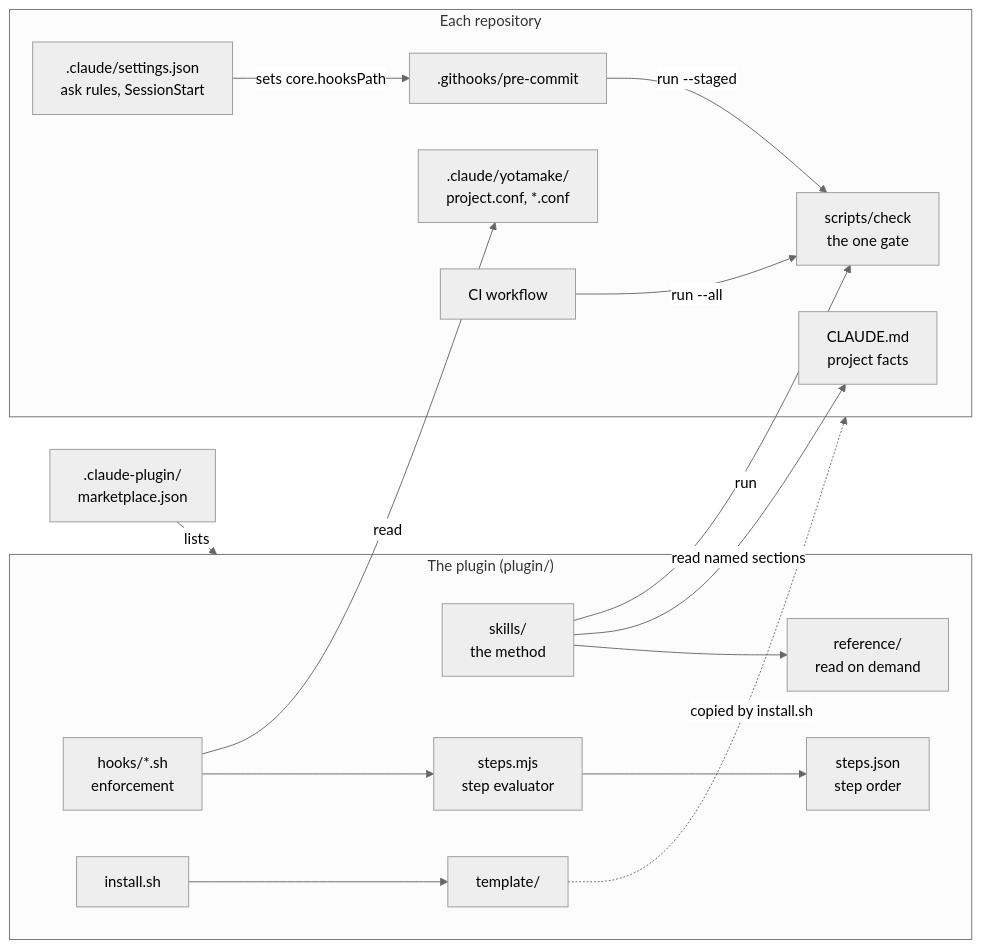
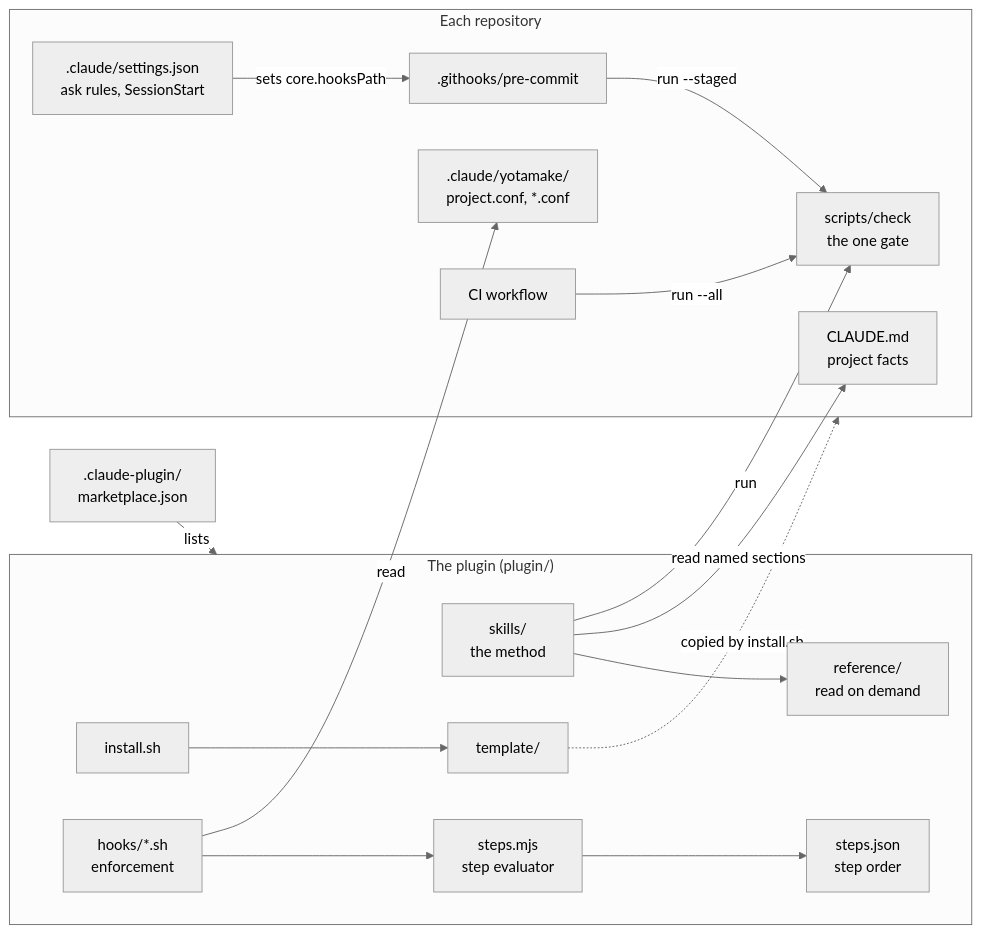
One commit to redazzo/Yotamake changed the diagram in README.md. Above: the diagram before and after it, drawn with Mermaid (neutral theme). The commit also changed other lines of this file, not shown here.

````diff
--- a/README.md
+++ b/README.md
@@ -87,34 +87,34 @@
 ```mermaid
 flowchart LR
   market[".claude-plugin/<br/>marketplace.json"] -->|lists| plugin
 
   subgraph plugin["The plugin (plugin/)"]
     skills["skills/<br/>the method"]
     reference["reference/<br/>read on demand"]
+    install["install.sh"]
+    template["template/"]
     hooks["hooks/*.sh<br/>enforcement"]
     steps["steps.mjs<br/>step evaluator"]
     stepsjson["steps.json<br/>step order"]
-    install["install.sh"]
-    template["template/"]
     skills --> reference
+    install --> template
     hooks --> steps --> stepsjson
-    install --> template
   end
 
   subgraph repo["Each repository"]
     claudemd["CLAUDE.md<br/>project facts"]
     conf[".claude/yotamake/<br/>project.conf, *.conf"]
     check["scripts/check<br/>the one gate"]
     precommit[".githooks/pre-commit"]
     ci["CI workflow"]
     settings[".claude/settings.json<br/>ask rules, SessionStart"]
   end
 
   template -.->|copied by install.sh| repo
   skills -->|read named sections| claudemd
   skills -->|run| check
   hooks -->|read| conf
   precommit -->|"run --staged"| check
   ci -->|"run --all"| check
   settings -->|sets core.hooksPath| precommit
 ```
````
